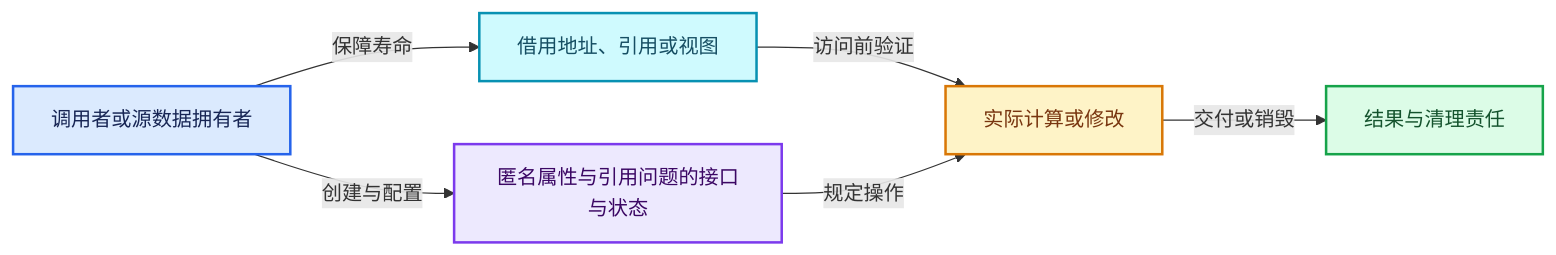
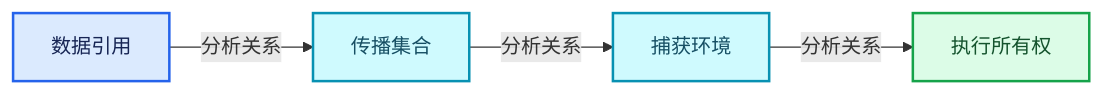
The third of 4 diagrams in 杂/markdown/全面学习-codex/10-引用生命周期与Closure/01-匿名属性与引用问题.md (yunkezengren/blender-.vscode), drawn with Mermaid before and after one commit. The commit also changed other lines of this file and 1930 other files, not shown here.

````diff
--- a/杂/markdown/全面学习-codex/10-引用生命周期与Closure/01-匿名属性与引用问题.md
+++ b/杂/markdown/全面学习-codex/10-引用生命周期与Closure/01-匿名属性与引用问题.md
@@ -216,19 +59,16 @@
 ```mermaid
 flowchart LR
-  O["调用者或源数据拥有者"]:::input
-  V["匿名属性与引用问题的接口与状态"]:::abstraction
-  B["借用地址、引用或视图"]:::data
-  W["实际计算或修改"]:::compute
-  R["结果与清理责任"]:::result
-  O -->|"创建与配置"| V
-  O -->|"保障寿命"| B
-  B -->|"访问前验证"| W
-  V -->|"规定操作"| W
-  W -->|"交付或销毁"| R
+  P0["数据引用"]:::input
+  P1["传播集合"]:::data
+  P2["捕获环境"]:::data
+  P3["执行所有权"]:::result
+  P0 -->|"分析关系"| P1
+  P1 -->|"分析关系"| P2
+  P2 -->|"分析关系"| P3
   classDef input fill:#DBEAFE,stroke:#2563EB,color:#172554,stroke-width:2px;
   classDef data fill:#CFFAFE,stroke:#0891B2,color:#164E63,stroke-width:2px;
   classDef abstraction fill:#EDE9FE,stroke:#7C3AED,color:#3B0764,stroke-width:2px;
   classDef compute fill:#FEF3C7,stroke:#D97706,color:#78350F,stroke-width:2px;
   classDef result fill:#DCFCE7,stroke:#16A34A,color:#14532D,stroke-width:2px;
   classDef error fill:#FEE2E2,stroke:#DC2626,color:#7F1D1D,stroke-width:2px;
 ```
````
